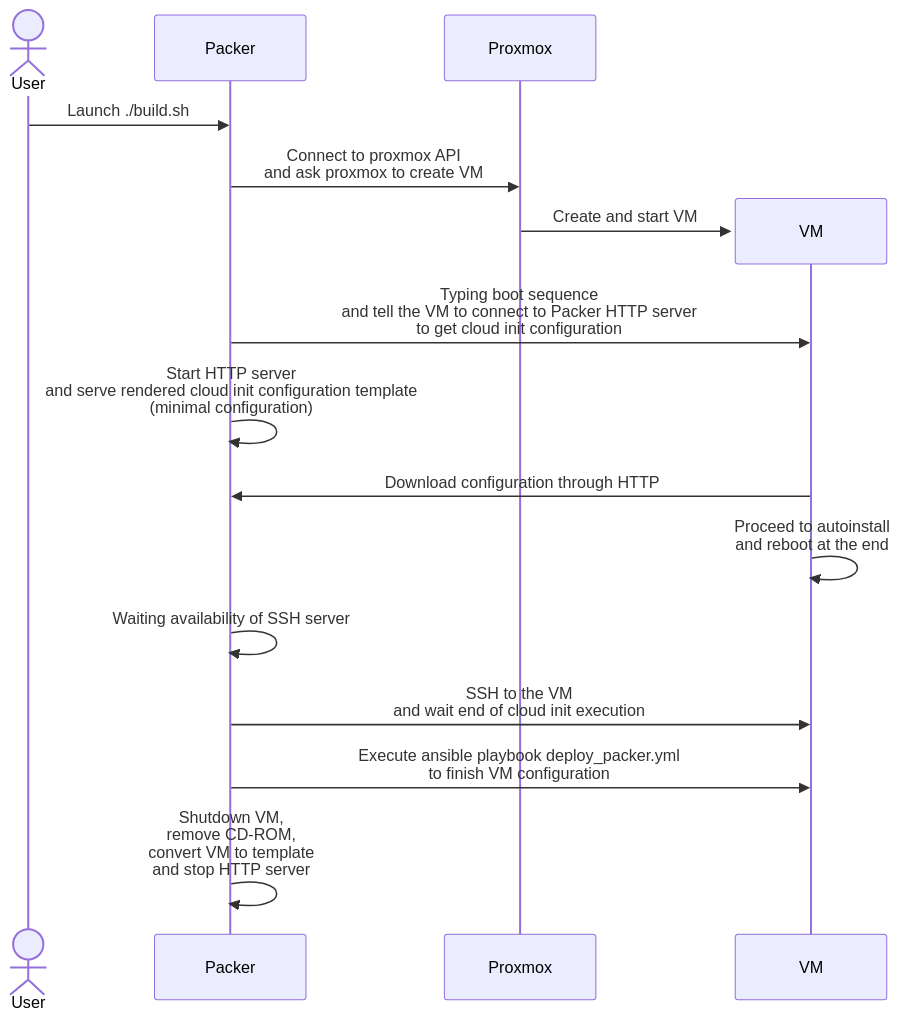
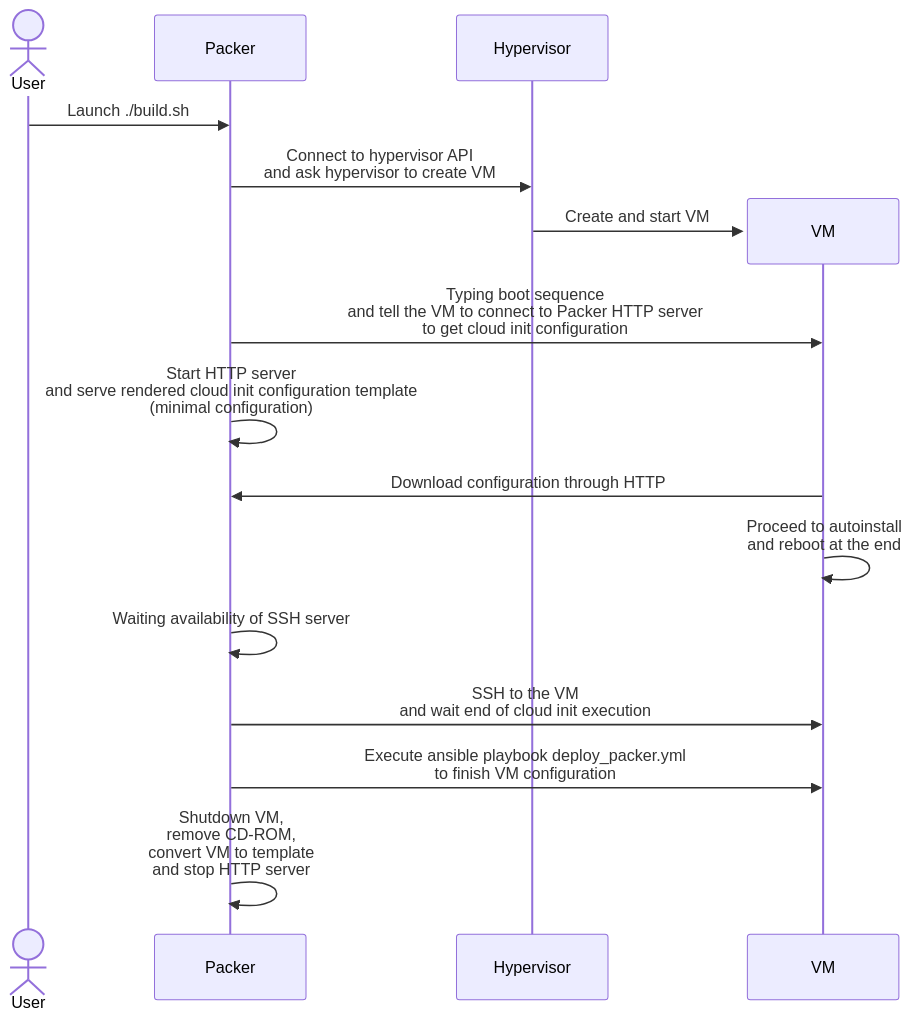
The diagram in docs/guide/packer/index.md (M0NsTeRRR/homelabv3-infra), drawn with Mermaid before and after one commit. The commit also changed other lines of this file and 1 other file, not shown here.

````diff
--- a/docs/guide/packer/index.md
+++ b/docs/guide/packer/index.md
@@ -17,16 +21,16 @@
 ```mermaid
 sequenceDiagram
     actor User
     User->>Packer: Launch ./build.sh
-    Packer->>Proxmox: Connect to proxmox API<br>and ask proxmox to create VM
+    Packer->>Hypervisor: Connect to hypervisor API<br>and ask hypervisor to create VM
     create participant VM
-    Proxmox->>VM: Create and start VM
+    Hypervisor->>VM: Create and start VM
     Packer->>VM: Typing boot sequence<br>and tell the VM to connect to Packer HTTP server<br>to get cloud init configuration
     Packer->>Packer: Start HTTP server<br>and serve rendered cloud init configuration template<br>(minimal configuration)
     VM->>Packer: Download configuration through HTTP
     VM->>VM: Proceed to autoinstall<br>and reboot at the end
     Packer->>Packer: Waiting availability of SSH server
     Packer->>VM: SSH to the VM<br> and wait end of cloud init execution
     Packer->>VM: Execute ansible playbook deploy_packer.yml<br>to finish VM configuration
     Packer->>Packer: Shutdown VM,<br>remove CD-ROM,<br>convert VM to template<br>and stop HTTP server
 ```
````
